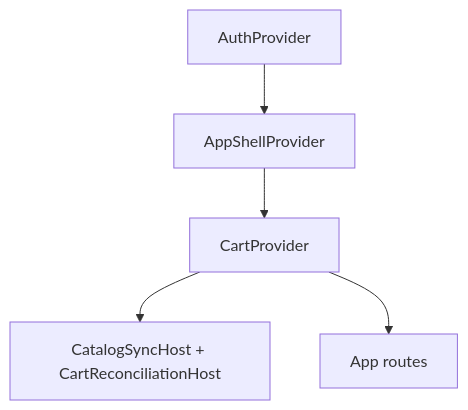
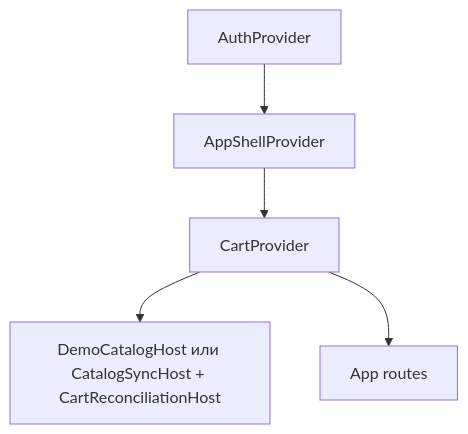
Before and after one commit to iscander-b10/tyres_discs: the diagram in docs/13-code-reference/context-and-hooks.md, drawn with Mermaid. The commit also changed other lines of this file and 70 other files, not shown here.

First line of the commit message:
Add public /demo* catalog with a frozen snapshot and shared bootstrap curtain styling.

````diff
--- a/docs/13-code-reference/context-and-hooks.md
+++ b/docs/13-code-reference/context-and-hooks.md
@@ -9,9 +9,9 @@
 ```mermaid
 flowchart TB
   Auth[AuthProvider]
   Shell[AppShellProvider]
   Cart[CartProvider]
   Auth --> Shell --> Cart
-  Cart --> Hosts[CatalogSyncHost + CartReconciliationHost]
+  Cart --> Hosts[DemoCatalogHost или CatalogSyncHost + CartReconciliationHost]
   Cart --> Routes[App routes]
 ```
````
